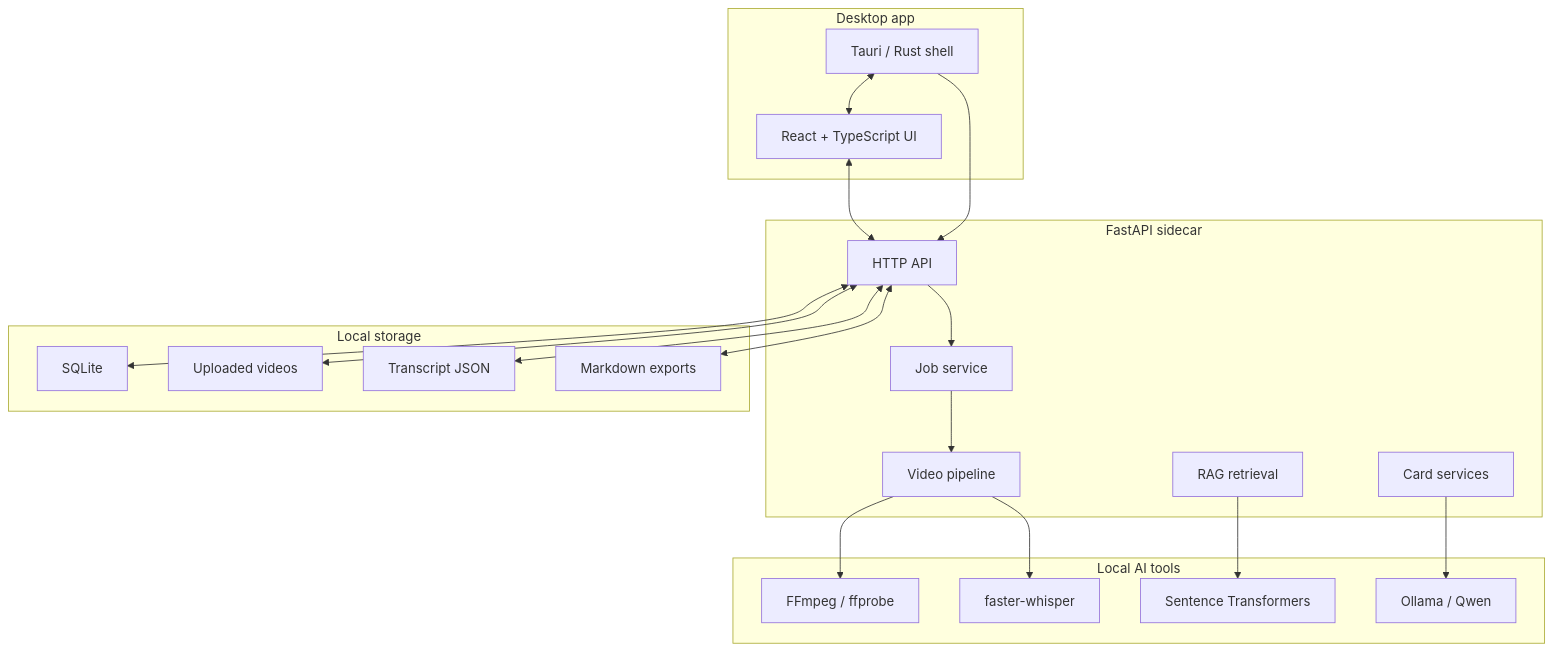
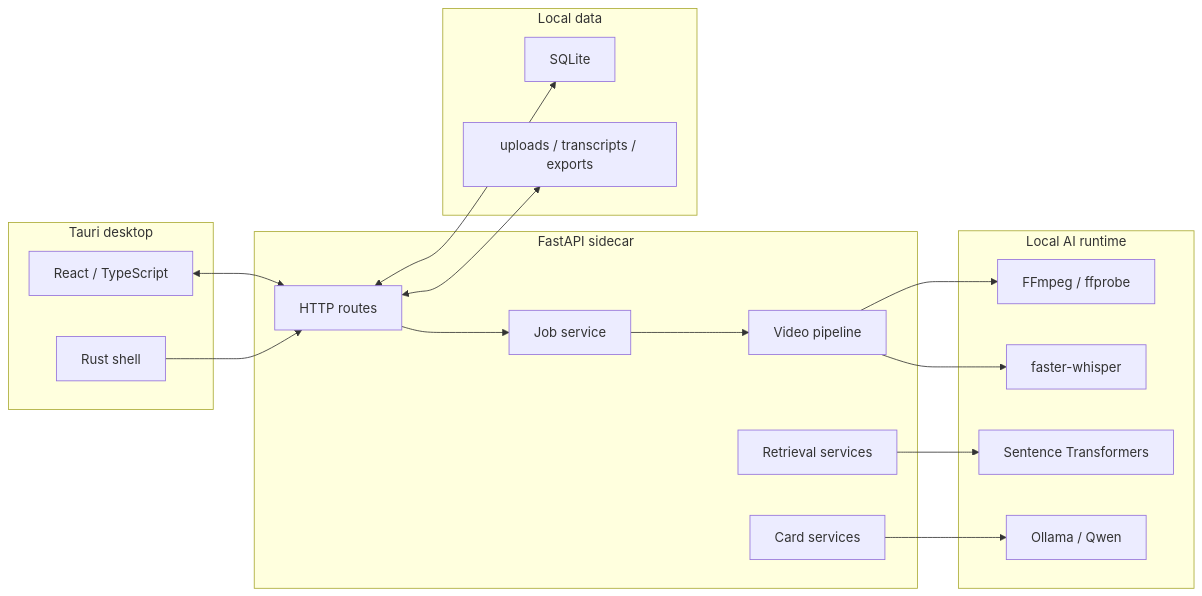
Before and after one commit to eatoften/Video_Course_Cards: the diagram in README.md, drawn with Mermaid. The commit also changed other lines of this file and 1 other file, not shown here.

````diff
--- a/README.md
+++ b/README.md
@@ -237,43 +179,38 @@
 ```mermaid
-flowchart TB
-    subgraph Desktop["Desktop app"]
-        TAURI["Tauri / Rust shell"]
-        REACT["React + TypeScript UI"]
-        TAURI <--> REACT
+flowchart LR
+    subgraph Desktop["Tauri desktop"]
+        UI["React / TypeScript"]
+        RUST["Rust shell"]
     end
 
     subgraph Backend["FastAPI sidecar"]
-        API["HTTP API"]
+        API["HTTP routes"]
         JOBS["Job service"]
         PIPELINE["Video pipeline"]
-        CARDSVC["Card services"]
-        RAGSVC["RAG retrieval"]
+        CARDS["Card services"]
+        RAG["Retrieval services"]
     end
 
-    subgraph LocalAI["Local AI tools"]
+    subgraph LocalAI["Local AI runtime"]
         FFMPEG["FFmpeg / ffprobe"]
         WHISPER["faster-whisper"]
         EMB["Sentence Transformers"]
-        OLLAMA["Ollama / Qwen"]
+        LLM["Ollama / Qwen"]
     end
 
-    subgraph Storage["Local storage"]
-        SQLITE["SQLite"]
-        UPLOADS["Uploaded videos"]
-        TRANSCRIPTS["Transcript JSON"]
-        EXPORTS["Markdown exports"]
+    subgraph Storage["Local data"]
+        DB["SQLite"]
+        FILES["uploads / transcripts / exports"]
     end
 
-    REACT <--> API
-    TAURI --> API
+    UI <--> API
+    RUST --> API
     API --> JOBS
     JOBS --> PIPELINE
     PIPELINE --> FFMPEG
     PIPELINE --> WHISPER
-    CARDSVC --> OLLAMA
-    RAGSVC --> EMB
-    API <--> SQLITE
-    API <--> UPLOADS
-    API <--> TRANSCRIPTS
-    API <--> EXPORTS
+    CARDS --> LLM
+    RAG --> EMB
+    API <--> DB
+    API <--> FILES
 ```
````
